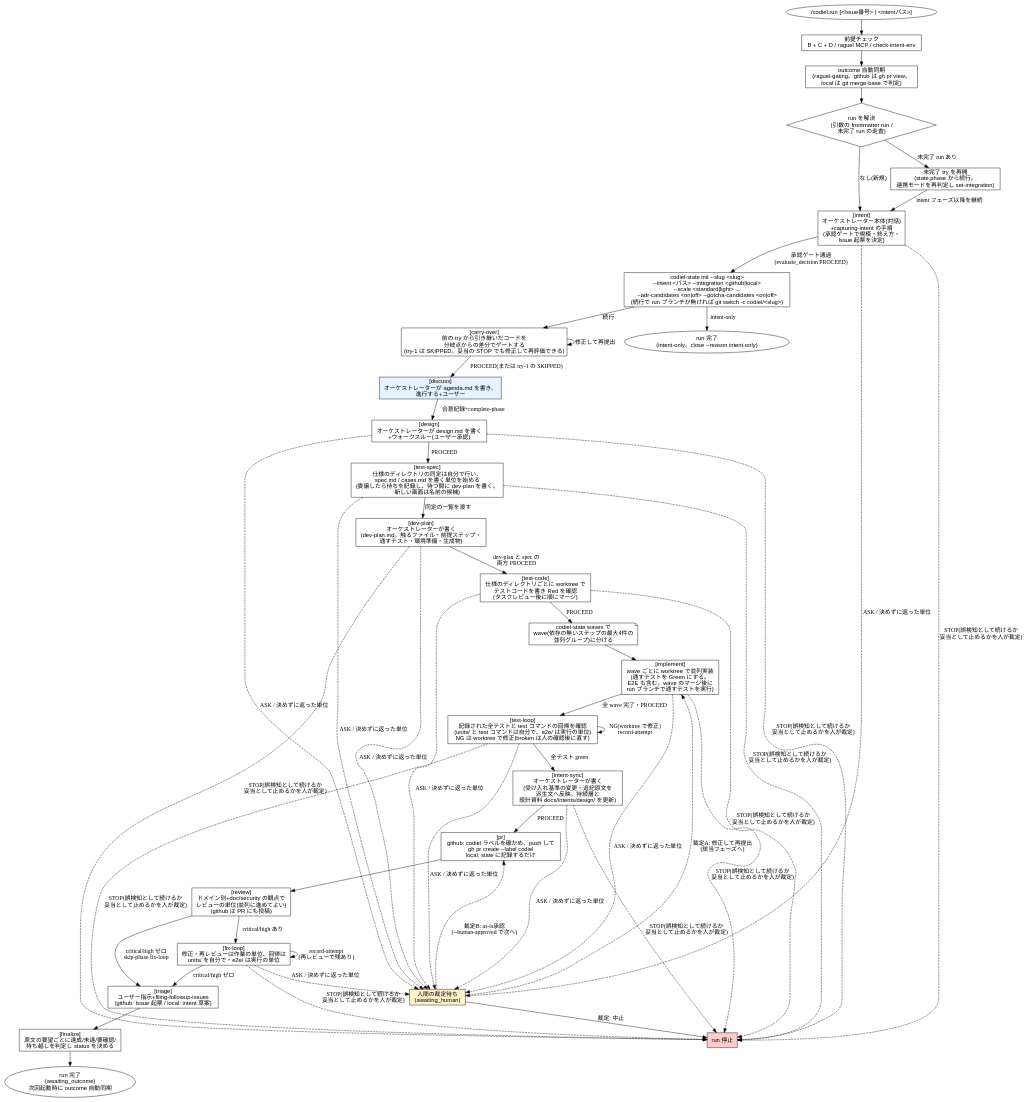
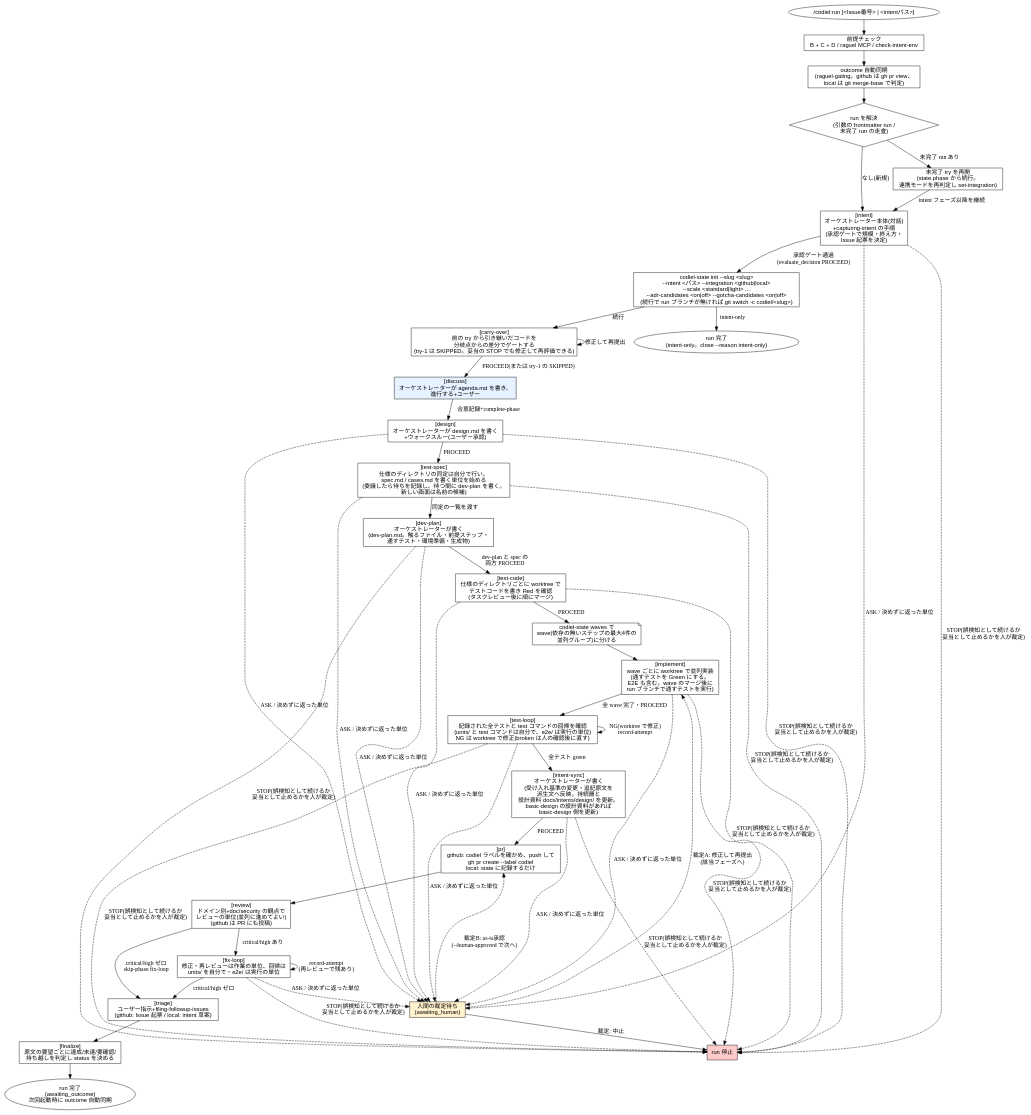
Before and after one commit to Amatsuka-kobo/amatsuka-claude-plugins: diagram 14 of 14 in plugins/codiel/docs/skill-flowcharts.md, drawn with Graphviz. The commit also changed 1 other file, not shown here.

Commit message:
docs(codiel): DESIGN とフローチャートに basic-design 側への設計資料の置き場の切り替えを書く
Refs #7

Claude-Session: https://claude.ai/code/session_017gxoShZQNStMWwayXua7QY

````diff
--- a/plugins/codiel/docs/skill-flowcharts.md
+++ b/plugins/codiel/docs/skill-flowcharts.md
@@ -570,69 +570,69 @@
 ```dot
 digraph codiel_run {
   rankdir=TB;
   node [fontname="sans-serif"];
 
   start [label="/codiel:run [<Issue番号> | <intentパス>]", shape=ellipse];
   precheck [label="前提チェック\nB + C + D / raguel MCP / check-intent-env", shape=box];
   sync [label="outcome 自動同期\n(raguel-gating。github は gh pr view、\nlocal は git merge-base で判定)", shape=box];
   resolve [label="run を解決\n(引数の frontmatter run /\n未完了 run の走査)", shape=diamond];
   resume [label="未完了 try を再開\n(state.phase から続行。\n連携モードを再判定し set-integration)", shape=box];
 
   intent [label="[intent]\nオーケストレーター本体(対話)\n+capturing-intent の手順\n(承認ゲートで規模・終え方・\nIssue 起票を決定)", shape=box];
   intent_init [label="codiel-state init --slug <slug>\n--intent <パス> --integration <github|local>\n--scale <standard|light> ...\n--adr-candidates <on|off> --gotcha-candidates <on|off>\n(続行で run ブランチが無ければ git switch -c codiel/<slug>)", shape=box];
   carryover [label="[carry-over]\n前の try から引き継いだコードを\n分岐点からの差分でゲートする\n(try-1 は SKIPPED。妥当の STOP でも修正して再評価できる)", shape=box];
   discuss [label="[discuss]\nオーケストレーターが agenda.md を書き、\n進行する+ユーザー", shape=box, style=filled, fillcolor="#e6f2ff"];
   design [label="[design]\nオーケストレーターが design.md を書く\n+ウォークスルー(ユーザー承認)", shape=box];
   testspec [label="[test-spec]\n仕様のディレクトリの同定は自分で行い、\nspec.md / cases.md を書く単位を始める\n(委譲したら待ちを記録し、待つ間に dev-plan を書く。\n新しい画面は名前の候補)", shape=box];
   devplan [label="[dev-plan]\nオーケストレーターが書く\n(dev-plan.md。触るファイル・前提ステップ・\n通すテスト・環境準備・生成物)", shape=box];
   testcode [label="[test-code]\n仕様のディレクトリごとに worktree で\nテストコードを書き Red を確認\n(タスクレビュー後に順にマージ)", shape=box];
   waves [label="codiel-state waves で\nwave(依存の無いステップの最大4件の\n並列グループ)に分ける", shape=note];
   implement [label="[implement]\nwave ごとに worktree で並列実装\n(通すテストを Green にする。\nE2E も含む。wave のマージ後に\nrun ブランチで通すテストを実行)", shape=box];
   testloop [label="[test-loop]\n記録された全テストと test コマンドの回帰を確認\n(units/ と test コマンドは自分で、e2e/ は実行の単位)\nNG は worktree で修正(broken は人の確認後に直す)", shape=box];
-  intentsync [label="[intent-sync]\nオーケストレーターが書く\n(受け入れ基準の変更・追記原文を\n派生文へ反映。持続層と\n設計資料 docs/intents/design/ を更新)", shape=box];
+  intentsync [label="[intent-sync]\nオーケストレーターが書く\n(受け入れ基準の変更・追記原文を\n派生文へ反映。持続層と\n設計資料 docs/intents/design/ を更新。\nbasic-design の設計資料があれば\nbasic-design 側を更新)", shape=box];
   pr [label="[pr]\ngithub: codiel ラベルを確かめ、push して\ngh pr create --label codiel\nlocal: state に記録するだけ", shape=box];
   review [label="[review]\nドメイン別+doc/security の観点で\nレビューの単位(並列に進めてよい)\n(github は PR にも投稿)", shape=box];
   fixloop [label="[fix-loop]\n修正・再レビューは作業の単位、回帰は\nunits/ を自分で・e2e/ は実行の単位", shape=box];
   triage [label="[triage]\nユーザー指示+filing-followup-issues\n(github: Issue 起票 / local: intent 草案)", shape=box];
   finalize [label="[finalize]\n原文の要望ごとに達成/未達/要確認/\n持ち越しを判定し status を決める", shape=box];
 
   human [label="人間の裁定待ち\n(awaiting_human)", shape=box, style=filled, fillcolor="#fff2cc"];
   stopped [label="run 停止", shape=box, style=filled, fillcolor="#ffcccc"];
   outcome [label="run 完了\n(awaiting_outcome)\n次回起動時に outcome 自動同期", shape=ellipse];
   intentonly [label="run 完了\n(intent-only。close --reason intent-only)", shape=ellipse];
 
   start -> precheck -> sync -> resolve;
   resolve -> resume [label="未完了 run あり"];
   resolve -> intent [label="なし(新規)"];
   resume -> intent [label="intent フェーズ以降を継続"];
 
   intent -> intent_init [label="承認ゲート通過\n(evaluate_decision PROCEED)"];
   intent_init -> carryover [label="続行"];
   intent_init -> intentonly [label="intent-only"];
   carryover -> discuss [label="PROCEED(または try-1 の SKIPPED)"];
   carryover -> carryover [label="修正して再提出"];
   discuss -> design [label="合意記録+complete-phase"];
   design -> testspec [label="PROCEED"];
   testspec -> devplan [label="同定の一覧を渡す"];
   devplan -> testcode [label="dev-plan と spec の\n両方 PROCEED"];
   testcode -> waves [label="PROCEED"];
   waves -> implement;
   implement -> testloop [label="全 wave 完了・PROCEED"];
   testloop -> testloop [label="NG(worktree で修正)\nrecord-attempt"];
   testloop -> intentsync [label="全テスト green"];
   intentsync -> pr [label="PROCEED"];
   pr -> review;
   review -> fixloop [label="critical/high あり"];
   review -> triage [label="critical/high ゼロ\nskip-phase fix-loop"];
   fixloop -> fixloop [label="record-attempt\n(再レビューで残あり)"];
   fixloop -> triage [label="critical/high ゼロ"];
   triage -> finalize;
   finalize -> outcome;
 
   { intent design testspec devplan testcode implement testloop intentsync fixloop } -> human [label="ASK / 決めずに返った単位", style=dashed];
   { intent design testspec devplan testcode implement testloop intentsync fixloop } -> stopped [label="STOP(誤検知として続けるか\n妥当として止めるかを人が裁定)", style=dashed];
   human -> stopped [label="裁定: 中止"];
   human -> implement [label="裁定A: 修正して再提出\n(該当フェーズへ)", style=dashed];
   human -> pr [label="裁定B: as-is承認\n(--human-approved で次へ)", style=dashed];
 }
 ```
````
